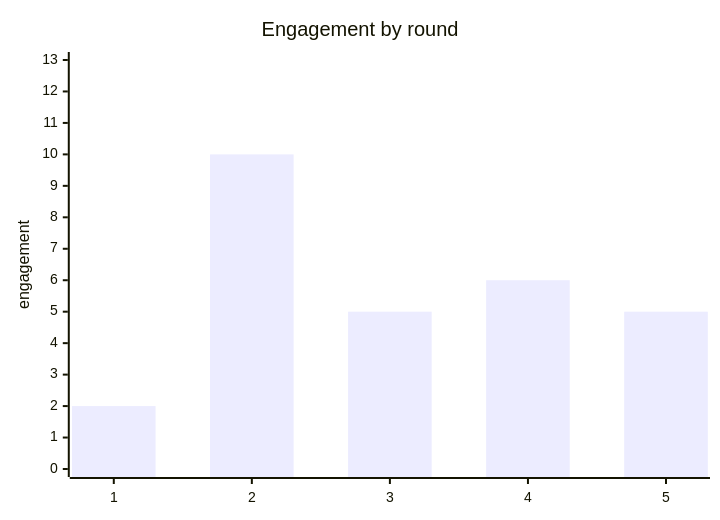
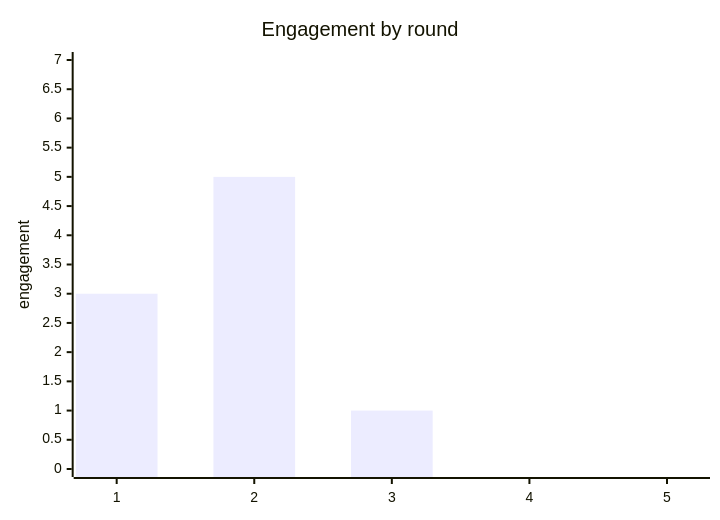
The third of 3 diagrams in murmur-demo/.murmur/reports/pricing-reaction/report-1.md (Ratz00007/murmur-mcp), drawn with Mermaid before and after one commit. The commit also changed other lines of this file and 10 other files, not shown here.

````diff
--- a/murmur-demo/.murmur/reports/pricing-reaction/report-1.md
+++ b/murmur-demo/.murmur/reports/pricing-reaction/report-1.md
@@ -394,7 +384,7 @@
 ```mermaid
 xychart-beta
     title "Engagement by round"
     x-axis [1, 2, 3, 4, 5]
-    y-axis "engagement" 0 --> 13
-    bar [2, 10, 5, 6, 5]
+    y-axis "engagement" 0 --> 7
+    bar [3, 5, 1, -3, -4]
 ```
````
